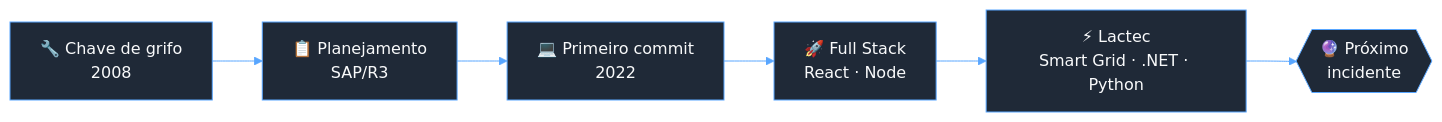
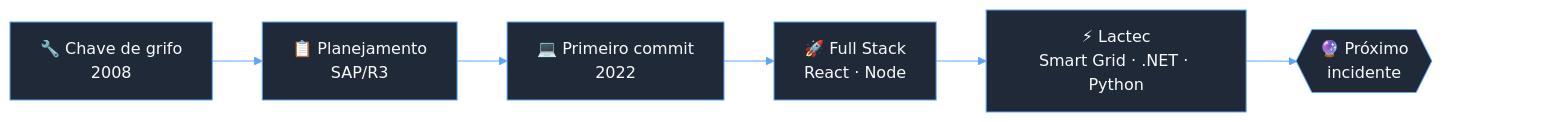
One commit to igorjba/igorjba changed the diagram in readme.md. Above: the diagram before and after it, drawn with Mermaid. The commit also changed other lines of this file and 2 other files, not shown here.

Commit message:
:art: fix: Restaura o gato original e ajusta espaçamento do diagrama

````diff
--- a/readme.md
+++ b/readme.md
@@ -32,9 +32,11 @@
 ```mermaid
 %%{init: {'theme':'base', 'themeVariables': {'primaryColor':'#1f2937','primaryTextColor':'#f9fafb','primaryBorderColor':'#58a6ff','lineColor':'#58a6ff','secondaryColor':'#0f172a','tertiaryColor':'#0f172a','fontFamily':'Fira Code, monospace'}}}%%
 flowchart LR
     A["🔧 Chave de grifo<br/>2008"] --> B["📋 Planejamento<br/>SAP/R3"]
     B --> C["💻 Primeiro commit<br/>2022"]
     C --> D["🚀 Full Stack<br/>React · Node"]
     D --> E["⚡ Lactec<br/>Smart Grid · .NET · Python"]
     E --> F{{"🔮 Próximo<br/>incidente"}}
+    F ~~~ GAP[" "]
+    style GAP fill:transparent,stroke:transparent
 ```
````
